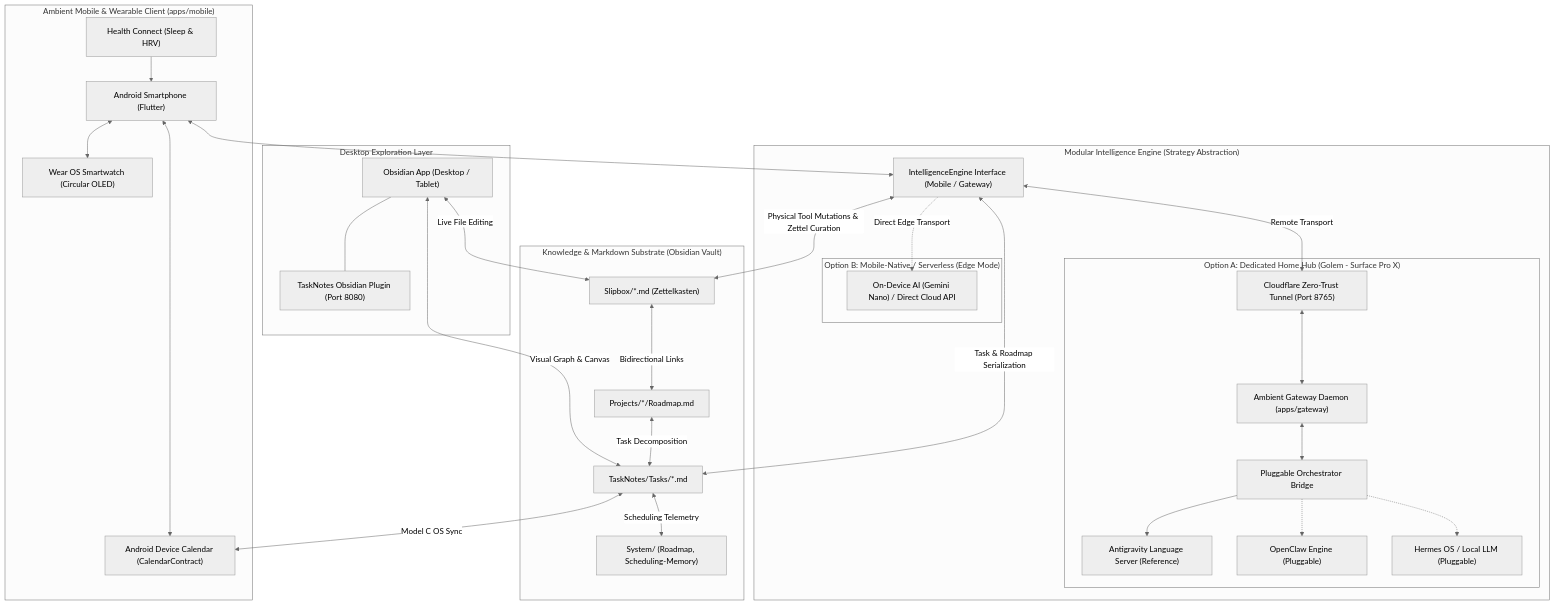
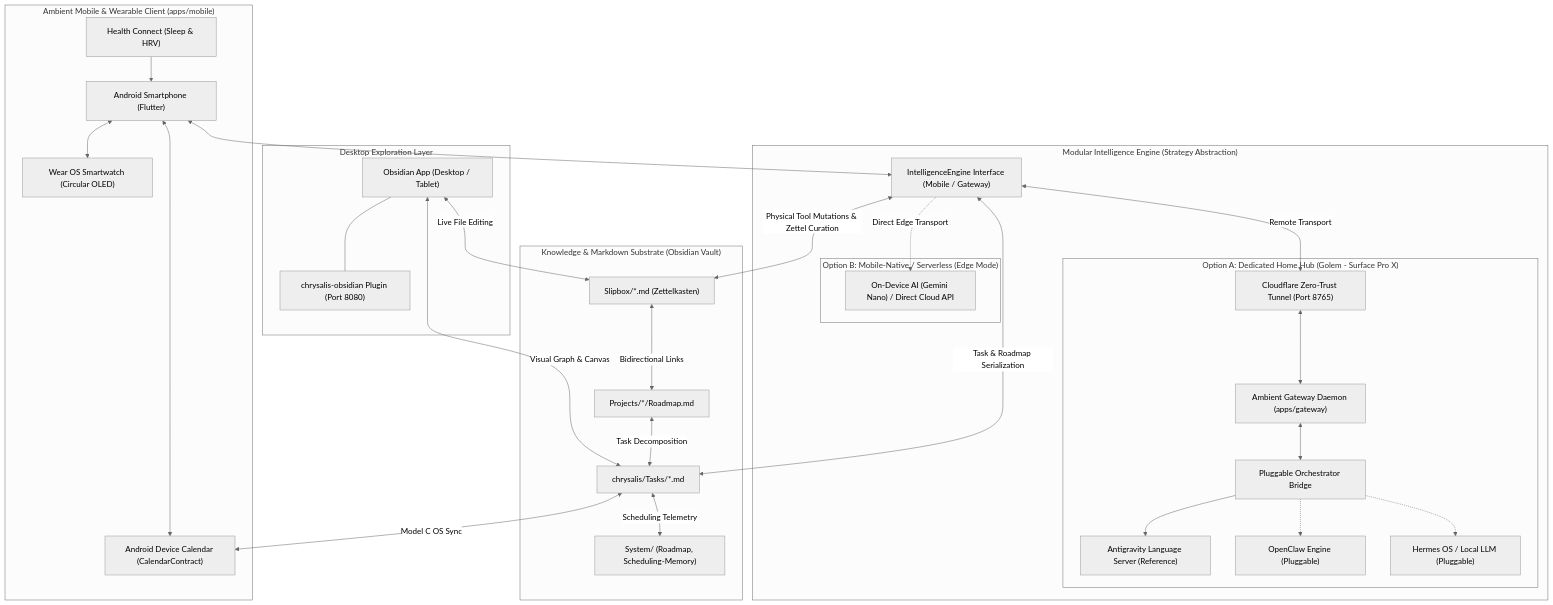
The first of 2 diagrams in README.md (tama-gucci/chrysalis), drawn with Mermaid (neutral theme) before and after one commit. The commit also changed other lines of this file and 44 other files, not shown here.

````diff
--- a/README.md
+++ b/README.md
@@ -52,60 +52,60 @@
 ```mermaid
 graph TD
     subgraph "Knowledge & Markdown Substrate (Obsidian Vault)"
         Zettel["Slipbox/*.md (Zettelkasten)"]
         Projects["Projects/*/Roadmap.md"]
-        Tasks["TaskNotes/Tasks/*.md"]
+        Tasks["chrysalis/Tasks/*.md"]
         SystemState["System/ (Roadmap, Scheduling-Memory)"]
         
         Zettel <-->|Bidirectional Links| Projects
         Projects <-->|Task Decomposition| Tasks
         Tasks <-->|Scheduling Telemetry| SystemState
     end
 
     subgraph "Desktop Exploration Layer"
         Obsidian["Obsidian App (Desktop / Tablet)"]
-        TaskNotesPlugin["TaskNotes Obsidian Plugin (Port 8080)"]
-        Obsidian --- TaskNotesPlugin
+        ChrysalisPlugin["chrysalis-obsidian Plugin (Port 8080)"]
+        Obsidian --- ChrysalisPlugin
         Obsidian <-->|Live File Editing| Zettel
         Obsidian <-->|Visual Graph & Canvas| Tasks
     end
 
     subgraph "Modular Intelligence Engine (Strategy Abstraction)"
         EngineContract["IntelligenceEngine Interface (Mobile / Gateway)"]
         
         subgraph "Option A: Dedicated Home Hub (Golem - Surface Pro X)"
             CF["Cloudflare Zero-Trust Tunnel (Port 8765)"]
             Gateway["Ambient Gateway Daemon (apps/gateway)"]
             Bridge["Pluggable Orchestrator Bridge"]
             
             CF <--> Gateway
             Gateway <--> Bridge
             Bridge --> AGY["Antigravity Language Server (Reference)"]
             Bridge -.-> OpenClaw["OpenClaw Engine (Pluggable)"]
             Bridge -.-> Hermes["Hermes OS / Local LLM (Pluggable)"]
         end
 
         subgraph "Option B: Mobile-Native / Serverless (Edge Mode)"
             DirectAI["On-Device AI (Gemini Nano) / Direct Cloud API"]
         end
 
         EngineContract <-->|Remote Transport| CF
         EngineContract -.->|Direct Edge Transport| DirectAI
     end
 
     subgraph "Ambient Mobile & Wearable Client (apps/mobile)"
         Phone["Android Smartphone (Flutter)"]
         Watch["Wear OS Smartwatch (Circular OLED)"]
         HC["Health Connect (Sleep & HRV)"]
         PhoneCal["Android Device Calendar (CalendarContract)"]
         
         HC --> Phone
         Phone <--> PhoneCal
         Phone <--> Watch
         Phone <--> EngineContract
     end
 
     Tasks <-->|Model C OS Sync| PhoneCal
     EngineContract <-->|Physical Tool Mutations & Zettel Curation| Zettel
     EngineContract <-->|Task & Roadmap Serialization| Tasks
 ```
````
